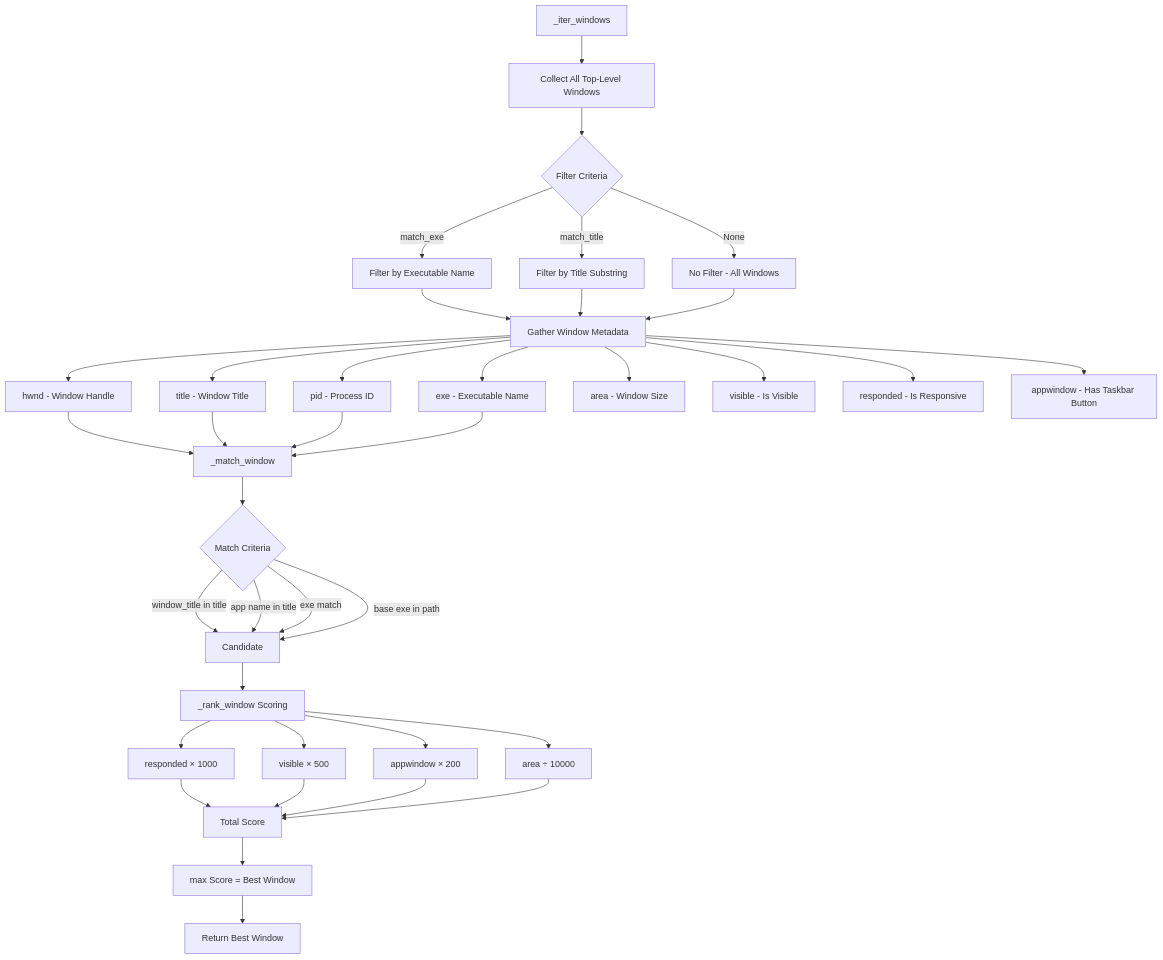
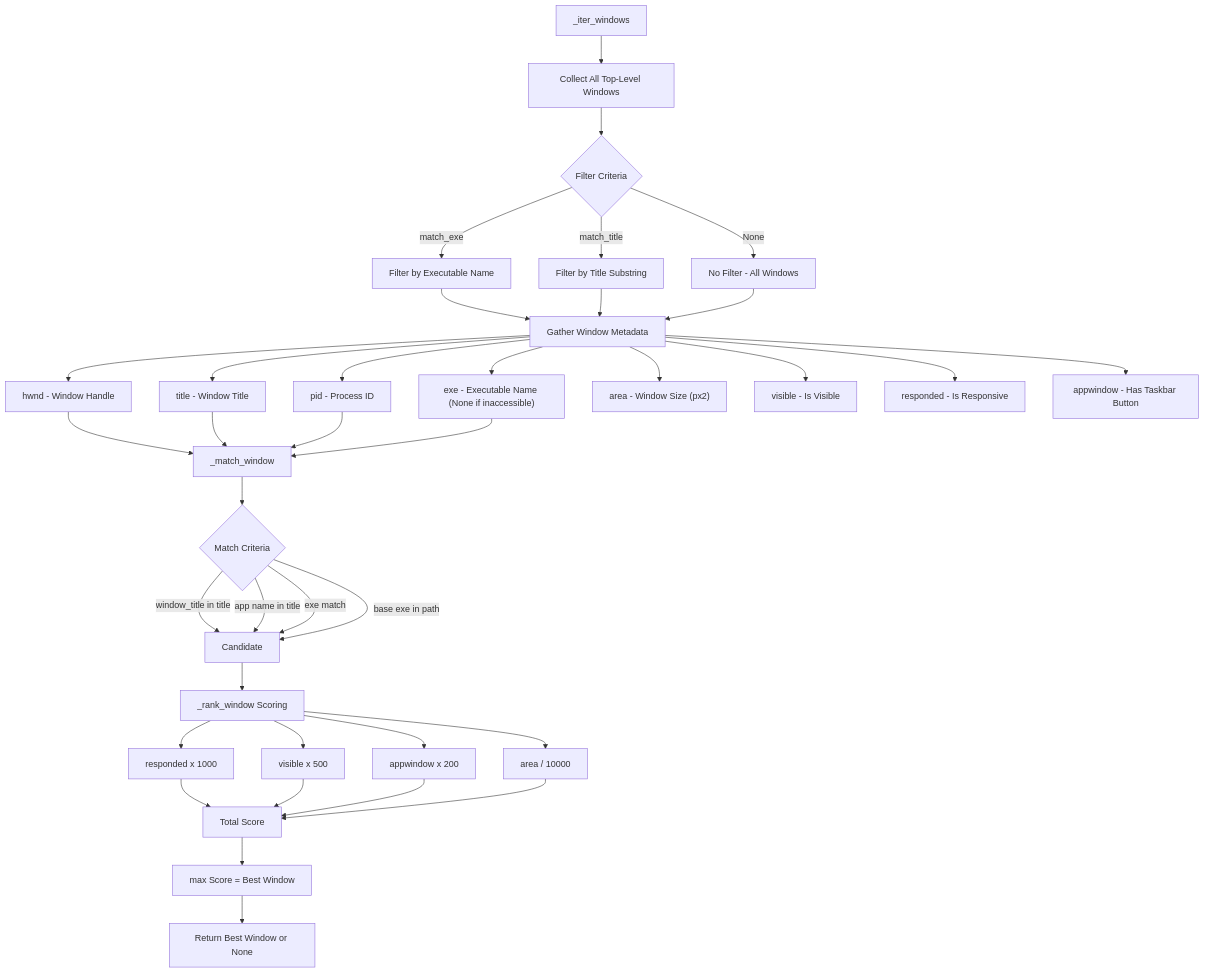
Before and after one commit to error-debug-run/HELL: the fifth of 9 diagrams in control/apps.md, drawn with Mermaid. The commit also changed other lines of this file and 1 other file, not shown here.

````diff
--- a/control/apps.md
+++ b/control/apps.md
@@ -202,47 +194,47 @@
 ```mermaid
 flowchart TD
     A[_iter_windows] --> B[Collect All Top-Level Windows]
     B --> C{Filter Criteria}
     
     C -->|match_exe| D[Filter by Executable Name]
     C -->|match_title| E[Filter by Title Substring]
     C -->|None| F[No Filter - All Windows]
     
     D --> G[Gather Window Metadata]
     E --> G
     F --> G
     
     G --> H[hwnd - Window Handle]
     G --> I[title - Window Title]
     G --> J[pid - Process ID]
-    G --> K[exe - Executable Name]
-    G --> L[area - Window Size]
+    G --> K["exe - Executable Name (None if inaccessible)"]
+    G --> L["area - Window Size (px2)"]
     G --> M[visible - Is Visible]
     G --> N[responded - Is Responsive]
     G --> O[appwindow - Has Taskbar Button]
     
     H --> P[_match_window]
     I --> P
     J --> P
     K --> P
     
     P --> Q{Match Criteria}
     Q -->|window_title in title| R[Candidate]
     Q -->|app name in title| R
     Q -->|exe match| R
     Q -->|base exe in path| R
     
     R --> S[_rank_window Scoring]
-    S --> T[responded × 1000]
-    S --> U[visible × 500]
-    S --> V[appwindow × 200]
-    S --> W[area ÷ 10000]
+    S --> T["responded x 1000"]
+    S --> U["visible x 500"]
+    S --> V["appwindow x 200"]
+    S --> W["area / 10000"]
     
     T --> X[Total Score]
     U --> X
     V --> X
     W --> X
     
     X --> Y[max Score = Best Window]
-    Y --> Z[Return Best Window]
+    Y --> Z[Return Best Window or None]
 ```
````
